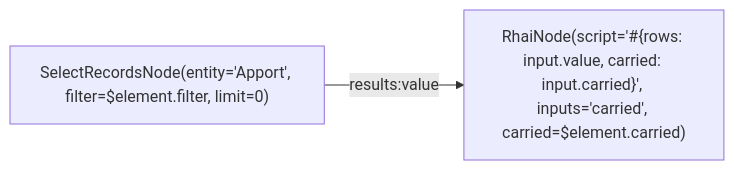
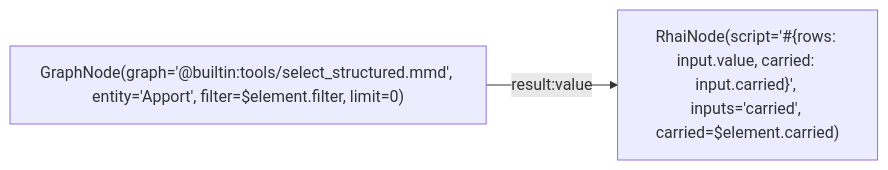
One commit to L-Defraiteur/rag3db changed the diagram in extension/rag3weaver/templates/backends/memory/graphs/rows_apport.mmd. Above: the diagram before and after it, drawn with Mermaid. The commit also changed 3 other files, not shown here.

Commit message:
fix(memoire): recall_apports rend run, from_turn et to_turn ; les sélections de la chaîne passent par select_structured cité (une valeur JSON, pas des Results)

```diff
--- a/extension/rag3weaver/templates/backends/memory/graphs/rows_apport.mmd
+++ b/extension/rag3weaver/templates/backends/memory/graphs/rows_apport.mmd
@@ -1,9 +1,9 @@
 %% tool: rows_apport
 %% description: The Apport rows that match a computed filter, with what the caller carries along (a cited graph receives its arguments by its configuration only, and a ForEachNode's results are a single list: the carried value is how a chain of selections keeps what it has found).
 %% param: element json! -- {filter, carried}.
 %% result: wrap.result
 
 graph LR
-    select["SelectRecordsNode(entity='Apport', filter=$element.filter, limit=0)"]
+    select["GraphNode(graph='@builtin:tools/select_structured.mmd', entity='Apport', filter=$element.filter, limit=0)"]
     wrap["RhaiNode(script='#{rows: input.value, carried: input.carried}', inputs='carried', carried=$element.carried)"]
-    select -->|results:value| wrap
+    select -->|result:value| wrap
```
